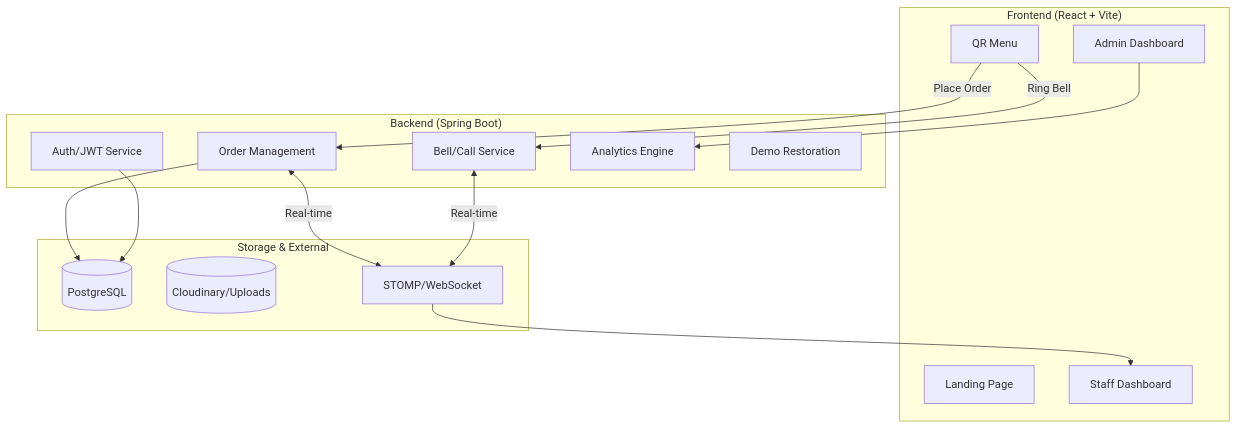
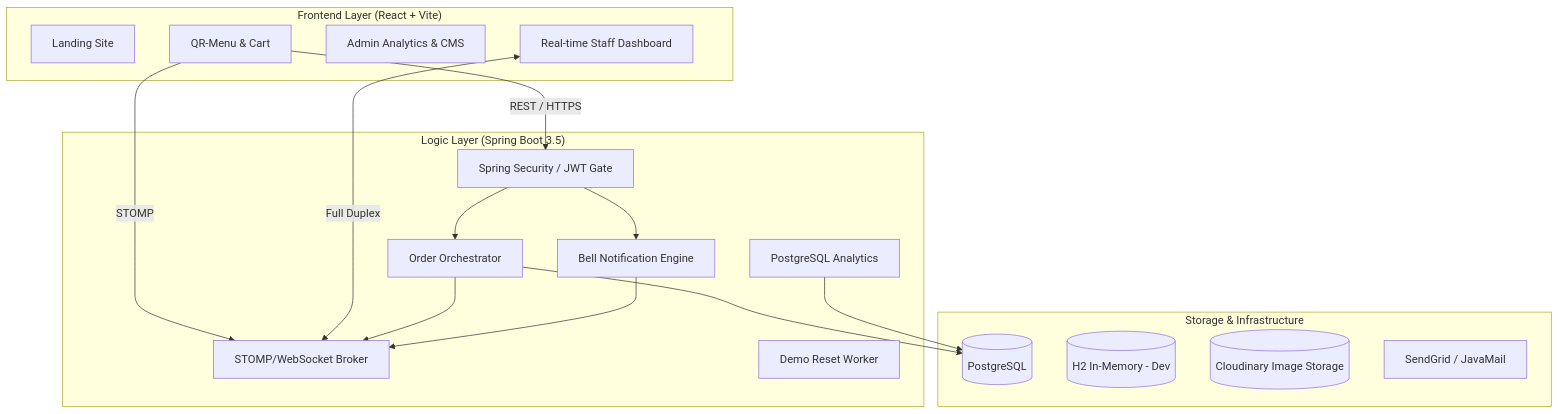
The diagram in README.md (sohail24/Quick-Menu), drawn with Mermaid before and after one commit. The commit also changed other lines of this file, not shown here.

````diff
--- a/README.md
+++ b/README.md
@@ -11,32 +11,35 @@
 ```mermaid
 graph TD
-    subgraph "Frontend (React + Vite)"
-        Landing[Landing Page]
-        AdminDash[Admin Dashboard]
-        StaffDash[Staff Dashboard]
-        Menu[QR Menu]
+    subgraph "Frontend Layer (React + Vite)"
+        Landing[Landing Site]
+        CustomerUI[QR-Menu & Cart]
+        AdminApp[Admin Analytics & CMS]
+        StaffWS[Real-time Staff Dashboard]
     end
 
-    subgraph "Backend (Spring Boot)"
-        Auth[Auth/JWT Service]
-        OrderSvc[Order Management]
-        BellSvc[Bell/Call Service]
-        MetricsSvc[Analytics Engine]
-        RestoreSvc[Demo Restoration]
+    subgraph "Logic Layer (Spring Boot 3.5)"
+        Gateway[Spring Security / JWT Gate]
+        WS_Broker[STOMP/WebSocket Broker]
+        OrderOrch[Order Orchestrator]
+        BellMgr[Bell Notification Engine]
+        MetricsEngine[PostgreSQL Analytics]
+        Scheduler[Demo Reset Worker]
     end
 
-    subgraph "Storage & External"
-        Postgres[(PostgreSQL)]
-        Cloudinary[(Cloudinary/Uploads)]
-        WebSocket[STOMP/WebSocket]
+    subgraph "Storage & Infrastructure"
+        PG_DB[(PostgreSQL)]
+        H2_DB[(H2 In-Memory - Dev)]
+        CDN[(Cloudinary Image Storage)]
+        Mail[SendGrid / JavaMail]
     end
 
-    Menu -->|Place Order| OrderSvc
-    Menu -->|Ring Bell| BellSvc
-    OrderSvc <-->|Real-time| WebSocket
-    BellSvc <-->|Real-time| WebSocket
-    WebSocket --> StaffDash
-    AdminDash --> MetricsSvc
-    OrderSvc --> Postgres
-    Auth --> Postgres
+    CustomerUI -->|REST / HTTPS| Gateway
+    CustomerUI -->|STOMP| WS_Broker
+    StaffWS <-->|Full Duplex| WS_Broker
+    Gateway --> OrderOrch
+    Gateway --> BellMgr
+    OrderOrch --> PG_DB
+    MetricsEngine --> PG_DB
+    OrderOrch --> WS_Broker
+    BellMgr --> WS_Broker
 ```
````
